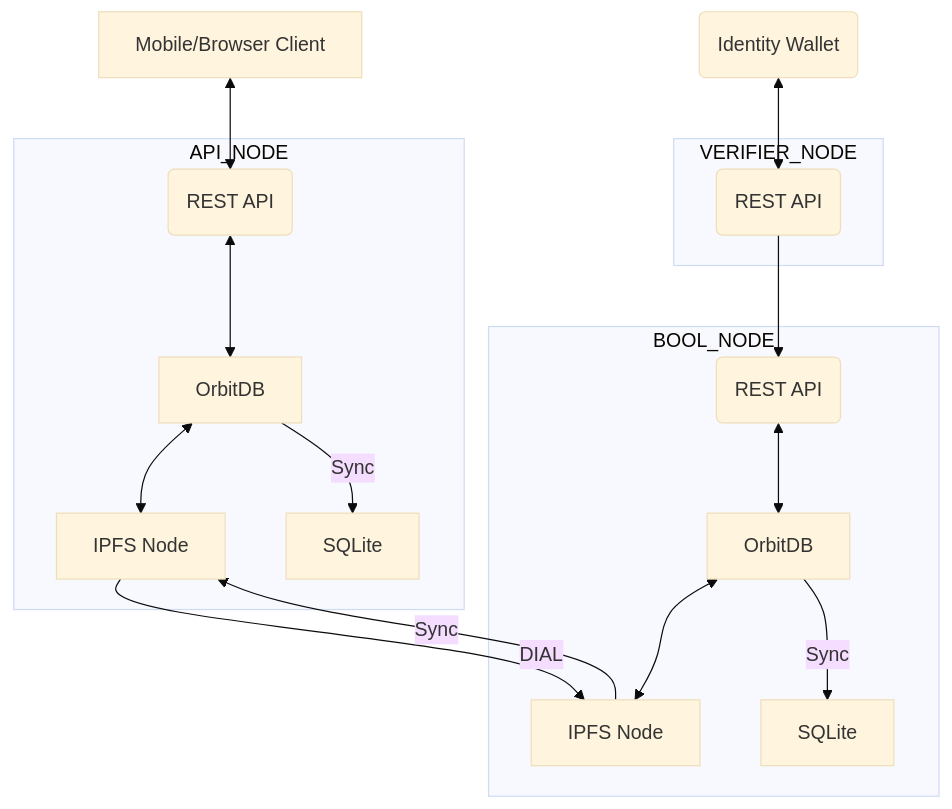
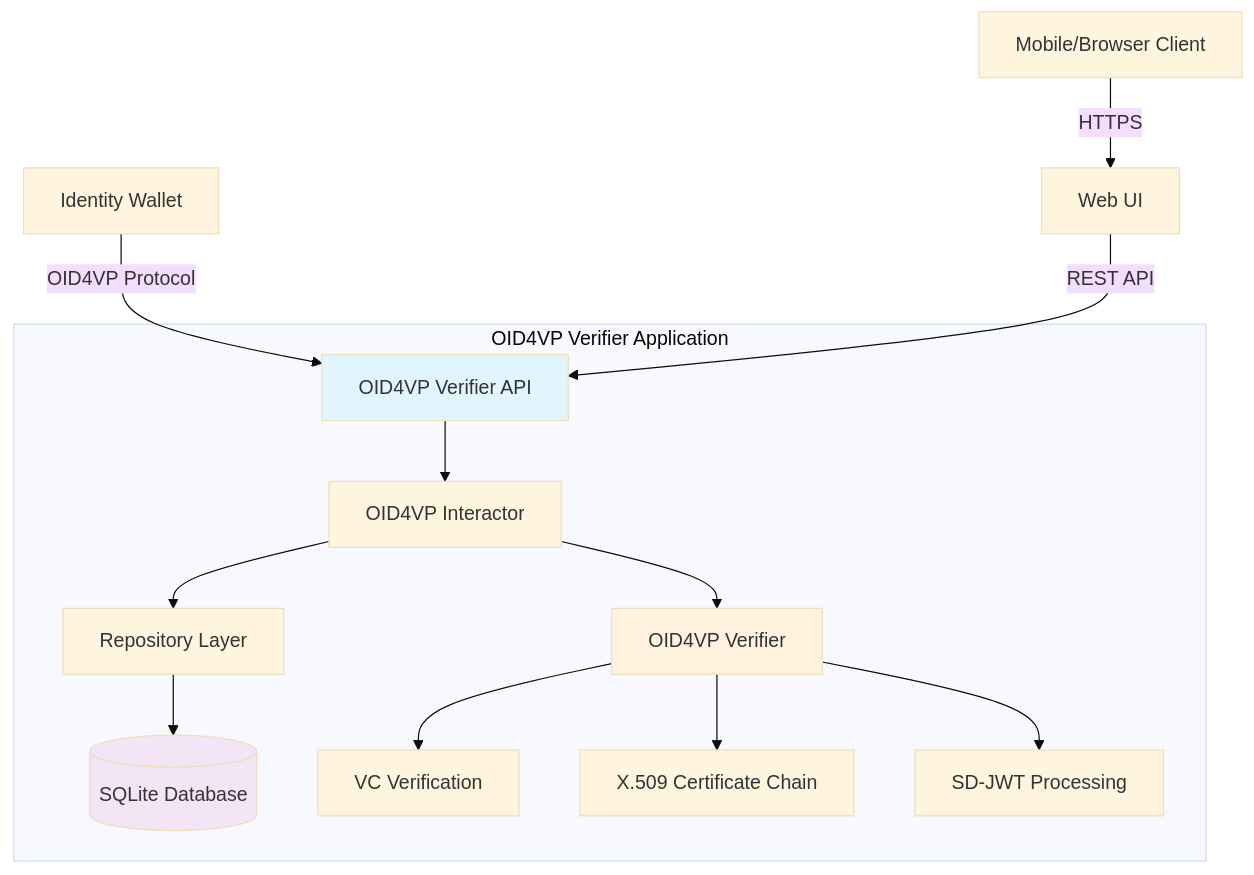
One commit to OWND-Project/OWND-Project-VP changed the first of 4 diagrams in docs/architecture.md. Above: the diagram before and after it, drawn with Mermaid (base theme). The commit also changed other lines of this file and 4 other files, not shown here.

First line of the commit message:
docs: update core documentation to reflect OID4VP Verifier architecture

````diff
--- a/docs/architecture.md
+++ b/docs/architecture.md
@@ -3,30 +9,30 @@
 ```mermaid
 graph TB
-    C[Mobile/Browser Client] <--> API2(REST API)
-    C2(Identity Wallet) <--> API3(REST API)
-    API3 --> API(REST API)
-    API <--> DB[OrbitDB]
-    API2 <--> DB2[OrbitDB]
-    DB <--> IPFS1[IPFS Node]
-    DB2 <--> IPFS2[IPFS Node]
-    IPFS2 --DIAL--> IPFS1
-    IPFS1 --Sync--> IPFS2
-    DB --Sync--> RDB[SQLite]
-    DB2 --Sync--> RDB2[SQLite]
+    Client[Mobile/Browser Client] -->|HTTPS| Web[Web UI]
+    Wallet[Identity Wallet] -->|OID4VP Protocol| API[OID4VP Verifier API]
 
-    subgraph System[BOOL_NODE]
+    Web -->|REST API| API
+    API --> Interactor[OID4VP Interactor]
+    Interactor --> Repo[Repository Layer]
+    Repo --> DB[(SQLite Database)]
+
+    Interactor --> Verifier[OID4VP Verifier]
+    Verifier --> VCVerify[VC Verification]
+    Verifier --> X509[X.509 Certificate Chain]
+    Verifier --> SDJWT[SD-JWT Processing]
+
+    subgraph "OID4VP Verifier Application"
         API
+        Interactor
+        Repo
+        Verifier
+        VCVerify
+        X509
+        SDJWT
         DB
-        RDB
-        IPFS1
     end
-    subgraph System2[API_NODE]
-        API2
-        DB2
-        RDB2
-        IPFS2
-    end
-    subgraph System3[VERIFIER_NODE]
-        API3
-    end
+
+    style API fill:#e1f5ff
+    style Verifier fill:#fff3e0
+    style DB fill:#f3e5f5
 ```
````
